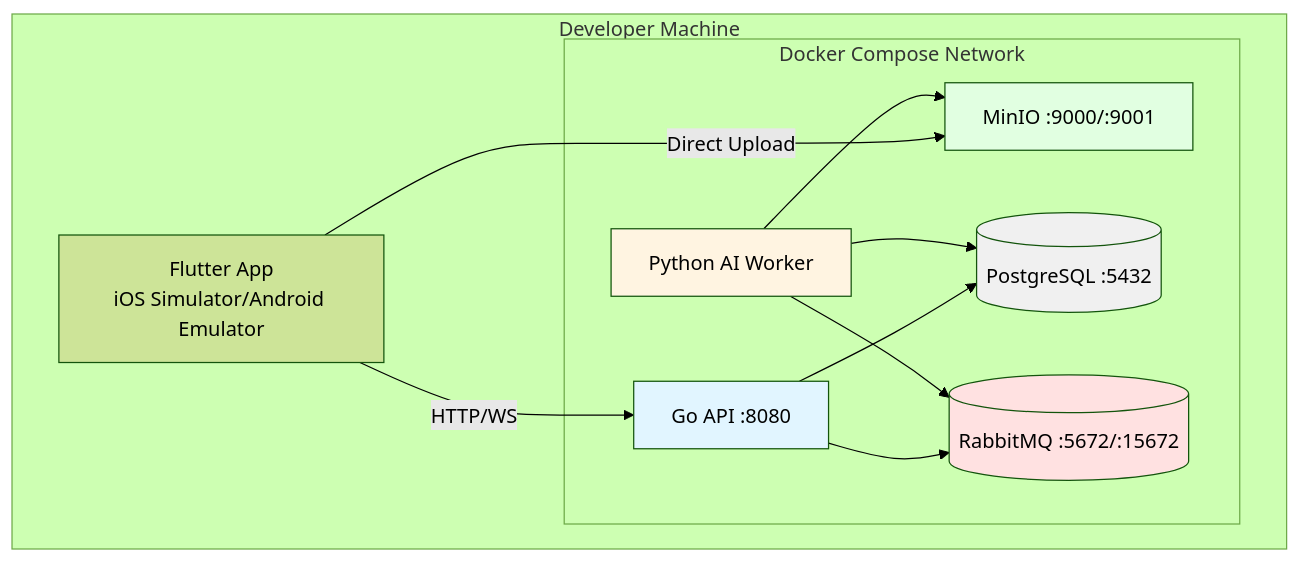
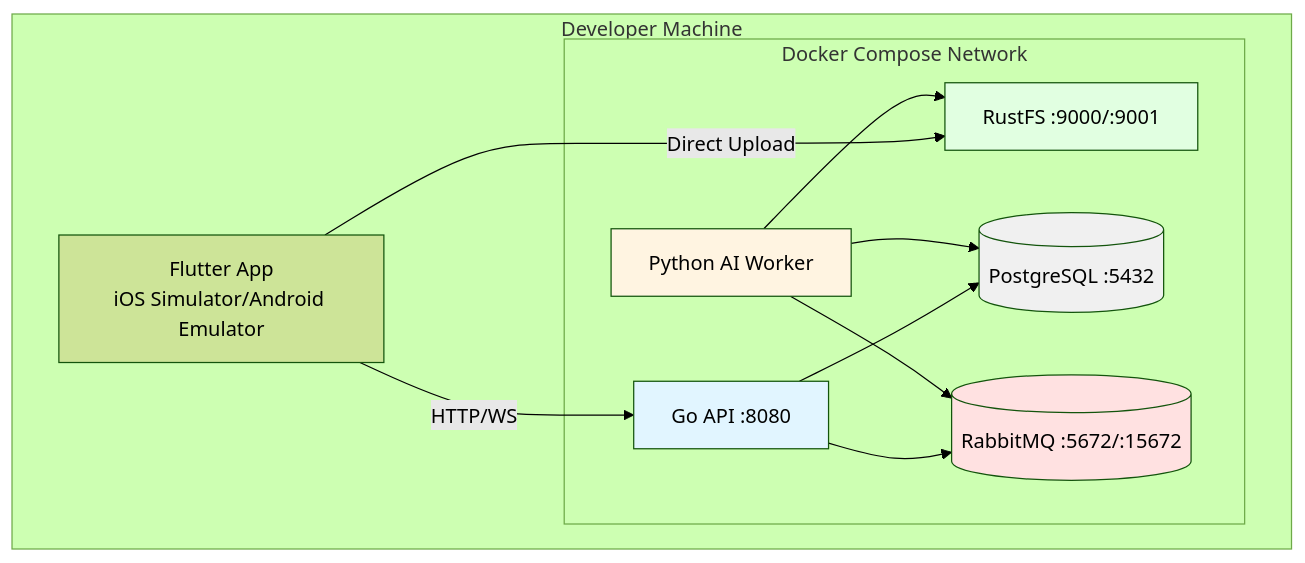
One commit to Ascension-EIP/Ascension changed the diagram in docs/Ascension/developer/architecture/deployment/development.md. Above: the diagram before and after it, drawn with Mermaid (forest theme). The commit also changed other lines of this file and 68 other files, not shown here.

First line of the commit message:
feat: unit tests for pose advice, movements, PostgreSQL operations, RustFS service, and schemas

````diff
--- a/docs/Ascension/developer/architecture/deployment/development.md
+++ b/docs/Ascension/developer/architecture/deployment/development.md
@@ -23,29 +23,29 @@
 ```mermaid
 graph TB
     subgraph "Developer Machine"
         subgraph "Docker Compose Network"
             API[Go API :8080]
             DB[(PostgreSQL :5432)]
             RabbitMQ[(RabbitMQ :5672/:15672)]
-            MinIO[MinIO :9000/:9001]
+            RustFS[RustFS :9000/:9001]
             Worker[Python AI Worker]
         end
 
         Flutter[Flutter App<br/>iOS Simulator/Android Emulator]
     end
 
     Flutter -->|HTTP/WS| API
-    Flutter -->|Direct Upload| MinIO
+    Flutter -->|Direct Upload| RustFS
     API --> DB
     API --> RabbitMQ
     Worker --> RabbitMQ
-    Worker --> MinIO
+    Worker --> RustFS
     Worker --> DB
 
     style API fill:#e1f5ff
     style Worker fill:#fff4e1
     style DB fill:#f0f0f0
     style RabbitMQ fill:#ffe1e1
-    style MinIO fill:#e1ffe1
+    style RustFS fill:#e1ffe1
 
 ```
````
